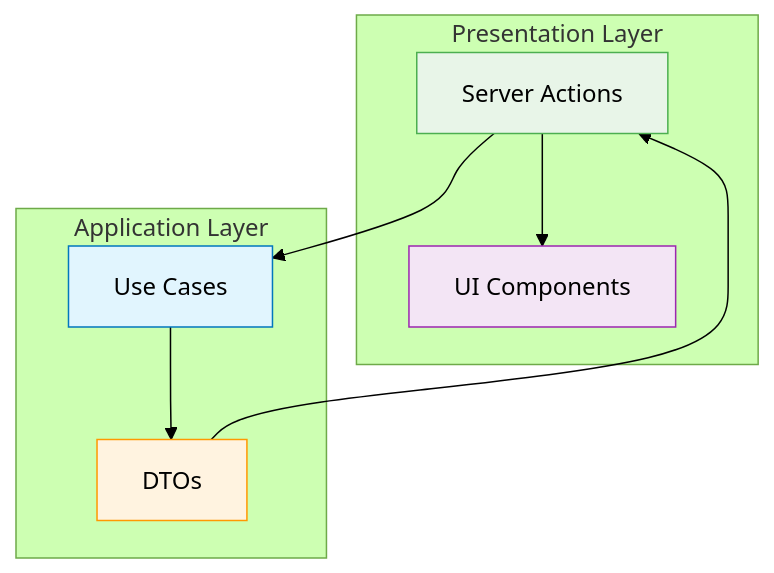
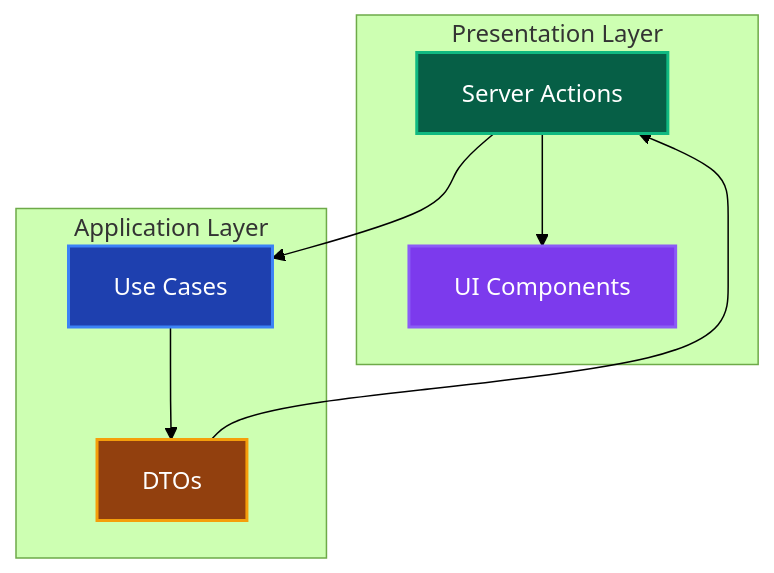
Before and after one commit to derushio/d-next-ddd-example: the third of 5 diagrams in _DOCS/guides/ddd/layers/presentation/presentation.md, drawn with Mermaid (forest theme). The commit also changed other lines of this file and 31 other files, not shown here.

Commit message:
🎨: DOCSのMermaid図表カラーテーマを暗色に統一し視認性を向上

````diff
--- a/_DOCS/guides/ddd/layers/presentation/presentation.md
+++ b/_DOCS/guides/ddd/layers/presentation/presentation.md
@@ -142,22 +142,22 @@
 ```mermaid
 graph TD
     subgraph "Presentation Layer"
         SA[Server Actions]
         UI[UI Components]
     end
     
     subgraph "Application Layer"
         UC[Use Cases]
         DTO[DTOs]
     end
     
     SA --> UC
     UC --> DTO
     DTO --> SA
     SA --> UI
     
-    style SA fill:#e8f5e8,stroke:#4caf50
-    style UI fill:#f3e5f5,stroke:#9c27b0
-    style UC fill:#e1f5fe,stroke:#0277bd
-    style DTO fill:#fff3e0,stroke:#ff9800
+    style SA fill:#065f46,stroke:#10b981,stroke-width:2px,color:#ffffff
+    style UI fill:#7c3aed,stroke:#8b5cf6,stroke-width:2px,color:#ffffff
+    style UC fill:#1e40af,stroke:#3b82f6,stroke-width:2px,color:#ffffff
+    style DTO fill:#92400e,stroke:#f59e0b,stroke-width:2px,color:#ffffff
 ```
````
